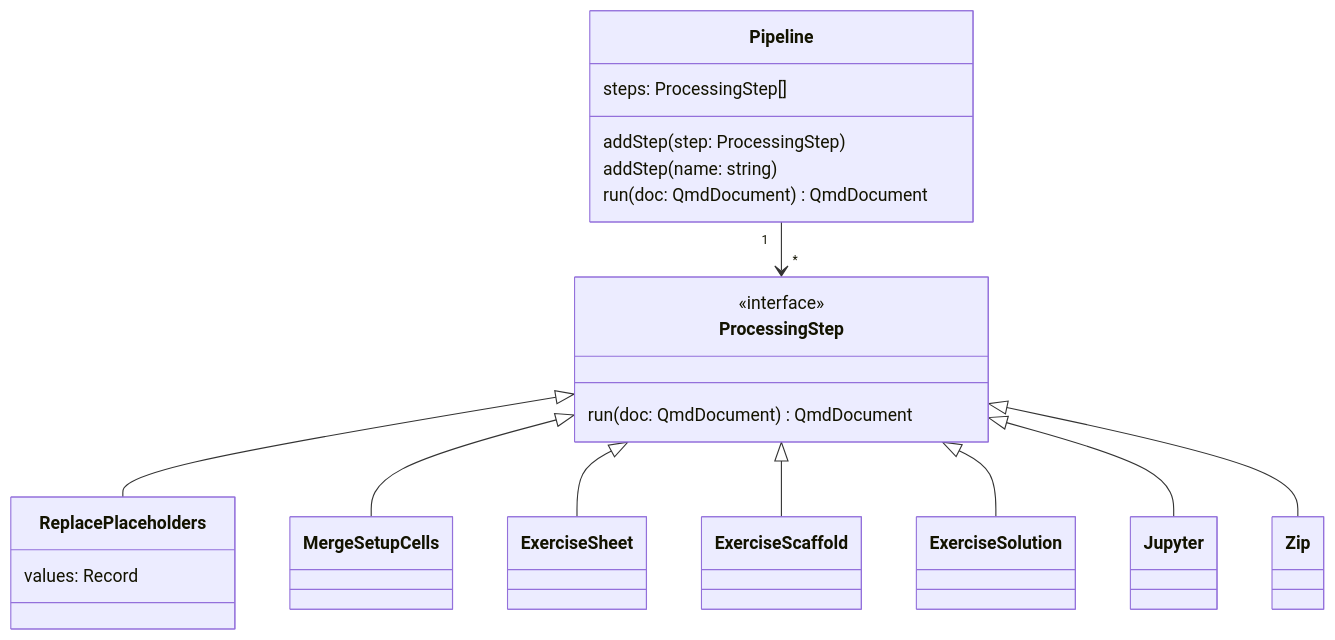
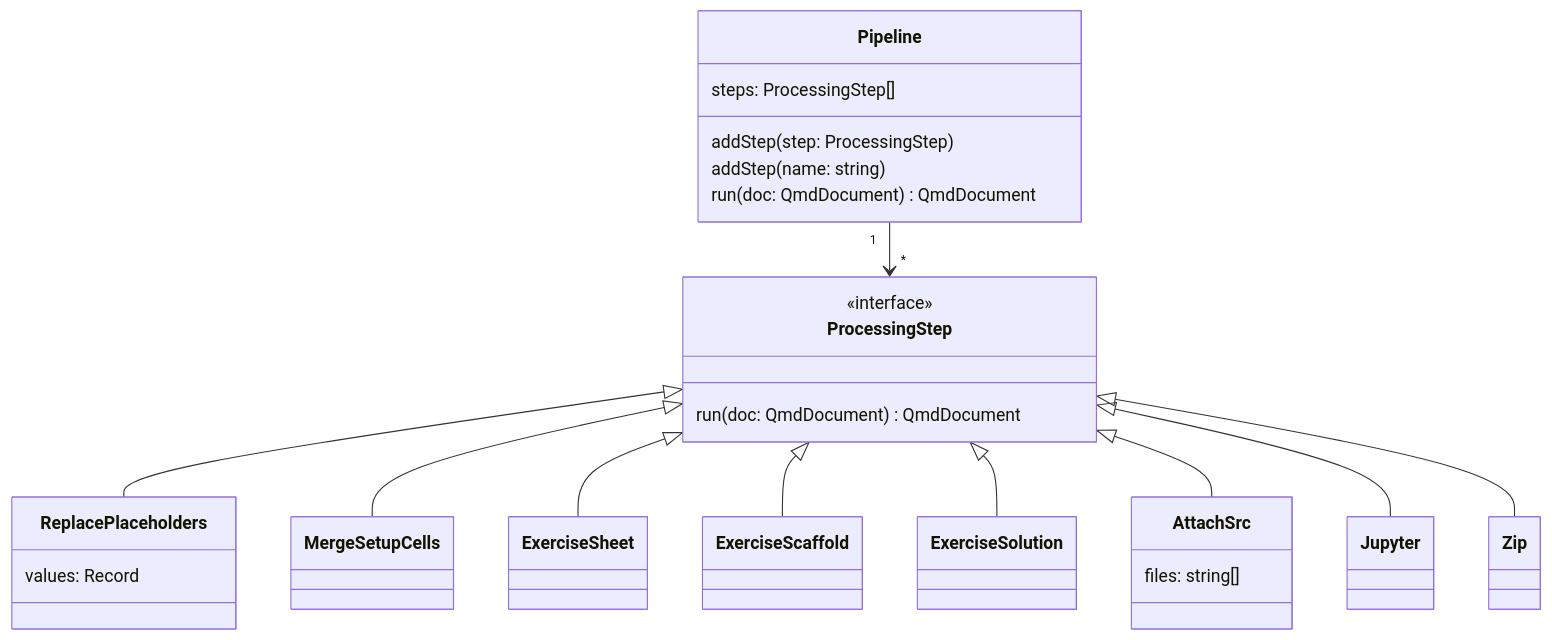
Before and after one commit to matthiasbaitsch/quarto-loi-moi: the third of 5 diagrams in DESIGN.md, drawn with Mermaid. The commit also changed other lines of this file and 1 other file, not shown here.

Commit message:
DESIGN and SPEC: attach-src step

````diff
--- a/DESIGN.md
+++ b/DESIGN.md
@@ -124,25 +124,29 @@
 ```mermaid
 classDiagram
   direction TD
   Pipeline "1" --> "*" ProcessingStep
   ProcessingStep <|-- ReplacePlaceholders
   ProcessingStep <|-- MergeSetupCells
   ProcessingStep <|-- ExerciseSheet
   ProcessingStep <|-- ExerciseScaffold
   ProcessingStep <|-- ExerciseSolution
+  ProcessingStep <|-- AttachSrc
   ProcessingStep <|-- Jupyter
   ProcessingStep <|-- Zip
   class Pipeline {
     steps: ProcessingStep[]
     addStep(step: ProcessingStep)
     addStep(name: string)
     run(doc: QmdDocument) QmdDocument
   }
   class ProcessingStep {
     <<interface>>
     run(doc: QmdDocument) QmdDocument
   }
   class ReplacePlaceholders {
     values: Record
   }
+  class AttachSrc {
+    files: string[]
+  }
 ```
````
